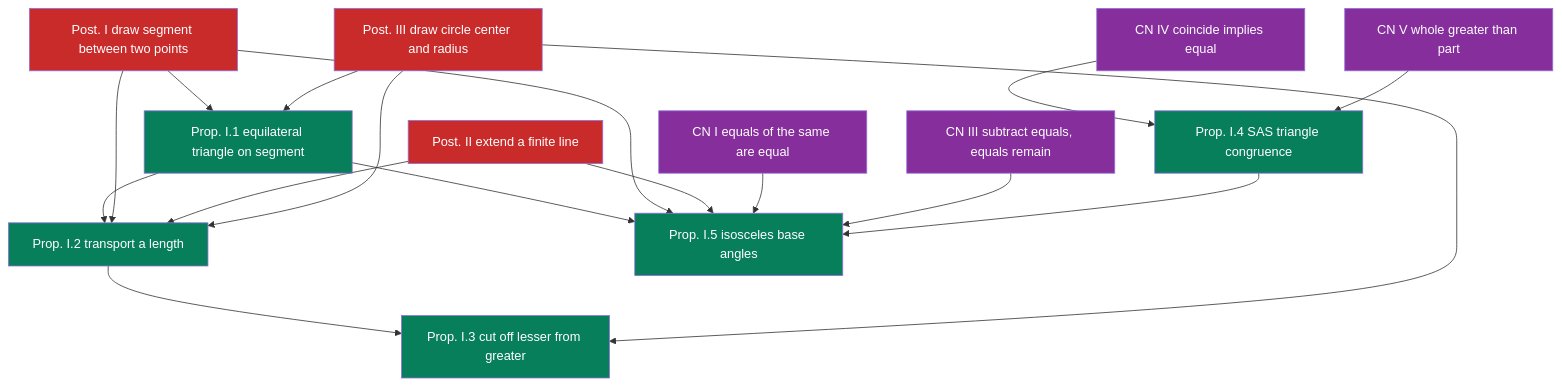
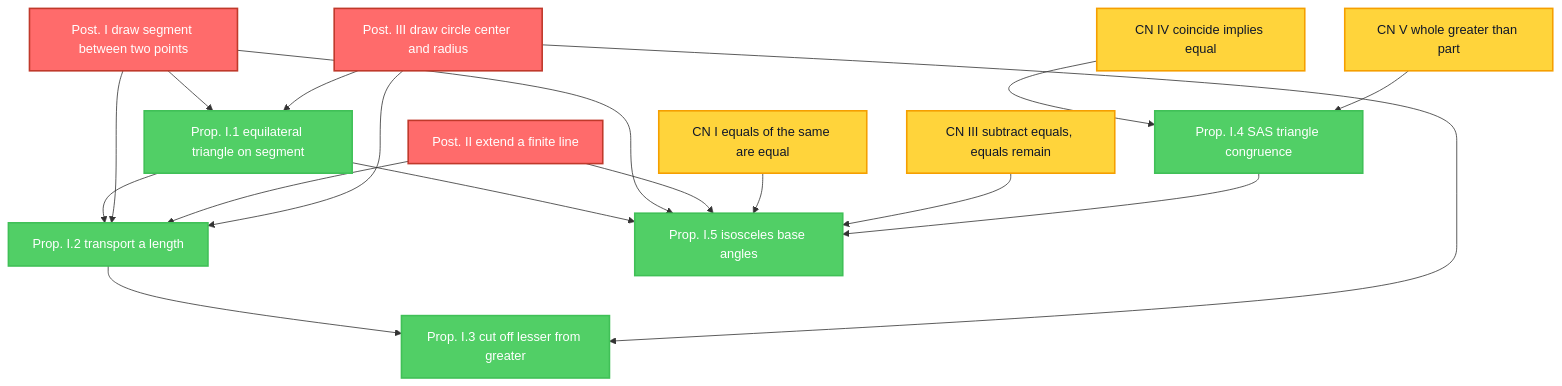
One commit to garywelz/progframe changed the second of 8 diagrams in collaborations/mathematics-database/algorithms-axiomatic-theories-proofs-revised.md. Above: the diagram before and after it, drawn with Mermaid. The commit also changed other lines of this file and 13 other files, not shown here.

````diff
--- a/collaborations/mathematics-database/algorithms-axiomatic-theories-proofs-revised.md
+++ b/collaborations/mathematics-database/algorithms-axiomatic-theories-proofs-revised.md
@@ -163,37 +164,37 @@
 ```mermaid
 flowchart TD
     P1["Post. I draw segment between two points"]
     P2["Post. II extend a finite line"]
     P3["Post. III draw circle center and radius"]
     CN1["CN I equals of the same are equal"]
     CN3["CN III subtract equals, equals remain"]
     CN4["CN IV coincide implies equal"]
     CN5["CN V whole greater than part"]
     Prop1["Prop. I.1 equilateral triangle on segment"]
     Prop2["Prop. I.2 transport a length"]
     Prop3["Prop. I.3 cut off lesser from greater"]
     Prop4["Prop. I.4 SAS triangle congruence"]
     Prop5["Prop. I.5 isosceles base angles"]
     P1 --> Prop1
     P3 --> Prop1
     Prop1 --> Prop2
     P1 --> Prop2
     P2 --> Prop2
     P3 --> Prop2
     Prop2 --> Prop3
     P3 --> Prop3
     CN4 --> Prop4
     CN5 --> Prop4
     Prop1 --> Prop5
     P1 --> Prop5
     P2 --> Prop5
     CN1 --> Prop5
     CN3 --> Prop5
     Prop4 --> Prop5
-    classDef post fill:#c92a2a,color:#fff
-    classDef cn fill:#862e9c,color:#fff
-    classDef pr fill:#087f5b,color:#fff
+    classDef post fill:#ff6b6b,stroke:#c0392b,color:#fff,stroke-width:2px
+    classDef cn fill:#ffd43b,stroke:#f59f00,color:#0f172a,stroke-width:2px
+    classDef pr fill:#51cf66,stroke:#40c057,color:#fff,stroke-width:2px
     class P1,P2,P3 post
     class CN1,CN3,CN4,CN5 cn
     class Prop1,Prop2,Prop3,Prop4,Prop5 pr
 ```
````
